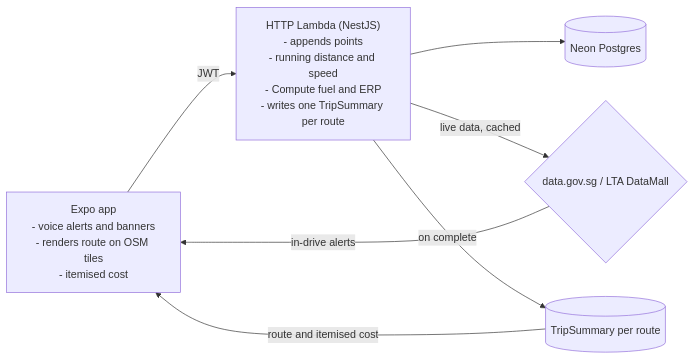
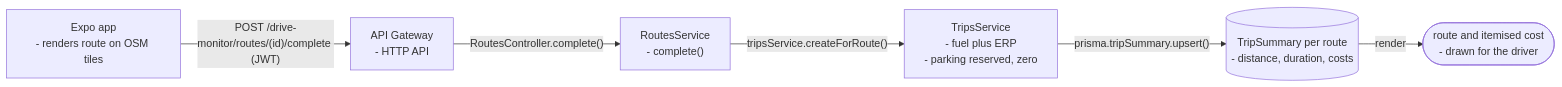
The third of 6 diagrams in README.md (elleskay/drivebuddy), drawn with Mermaid before and after one commit. The commit also changed other lines of this file and 94 other files, not shown here.

````diff
--- a/README.md
+++ b/README.md
@@ -183,14 +176,8 @@
 ```mermaid
 flowchart LR
-  App["Expo app<br/>- voice alerts and banners<br/>- renders route on OSM tiles<br/>- itemised cost"]
-  API["HTTP Lambda (NestJS)<br/>- appends points<br/>- running distance and speed<br/>- Compute fuel and ERP<br/>- writes one TripSummary per route"]
-  Neon[("Neon Postgres")]
-  Summary[("TripSummary per route")]
-  LTA{"data.gov.sg / LTA DataMall"}
-  App -->|JWT| API
-  API --> Neon
-  API -->|"live data, cached"| LTA
-  LTA -->|"in-drive alerts"| App
-  API -->|"on complete"| Summary
-  Summary -->|"route and itemised cost"| App
+  App["Expo app<br/>- renders route on OSM tiles"] -->|"POST /drive-monitor/routes/(id)/complete (JWT)"| APIGW["API Gateway<br/>- HTTP API"]
+  APIGW -->|"RoutesController.complete()"| Routes["RoutesService<br/>- complete()"]
+  Routes -->|"tripsService.createForRoute()"| Trips["TripsService<br/>- fuel plus ERP<br/>- parking reserved, zero"]
+  Trips -->|"prisma.tripSummary.upsert()"| Summary[("TripSummary per route<br/>- distance, duration, costs")]
+  Summary -->|"render"| Map(["route and itemised cost<br/>- drawn for the driver"])
 ```
````
